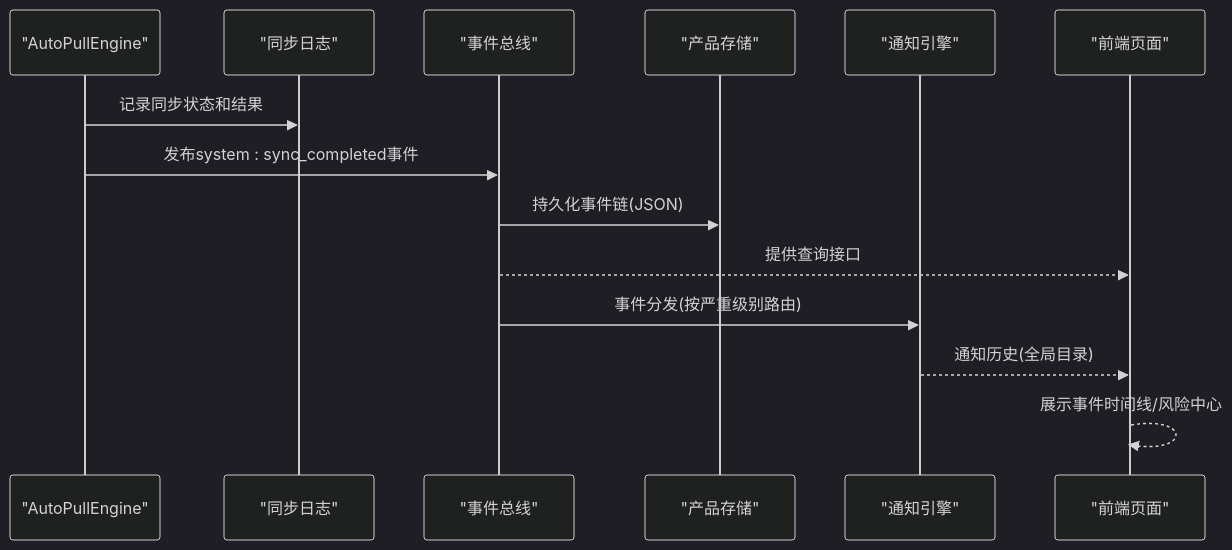
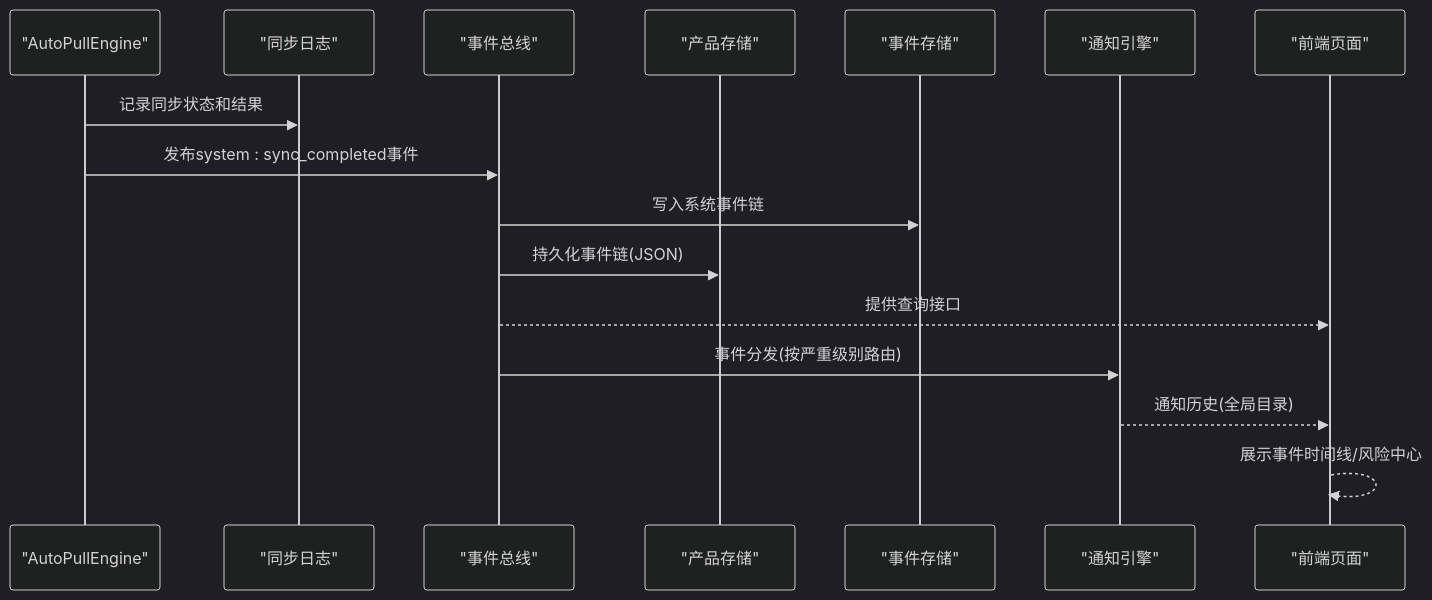
One commit to angledick/- changed the second of 10 diagrams in .qoder/repowiki/zh/content/监控与运维/日志管理.md. Above: the diagram before and after it, drawn with Mermaid (dark theme). The commit also changed other lines of this file and 193 other files, not shown here.

````diff
--- a/.qoder/repowiki/zh/content/监控与运维/日志管理.md
+++ b/.qoder/repowiki/zh/content/监控与运维/日志管理.md
@@ -123,16 +129,18 @@
 ```mermaid
 sequenceDiagram
 participant Engine as "AutoPullEngine"
 participant Logger as "同步日志"
 participant Bus as "事件总线"
 participant Store as "产品存储"
+participant EventStore as "事件存储"
 participant Noti as "通知引擎"
 participant UI as "前端页面"
 Engine->>Logger : 记录同步状态和结果
 Engine->>Bus : 发布system : sync_completed事件
+Bus->>EventStore : 写入系统事件链
 Bus->>Store : 持久化事件链(JSON)
 Bus-->>UI : 提供查询接口
 Bus->>Noti : 事件分发(按严重级别路由)
 Noti-->>UI : 通知历史(全局目录)
 UI-->>UI : 展示事件时间线/风险中心
 ```
````
